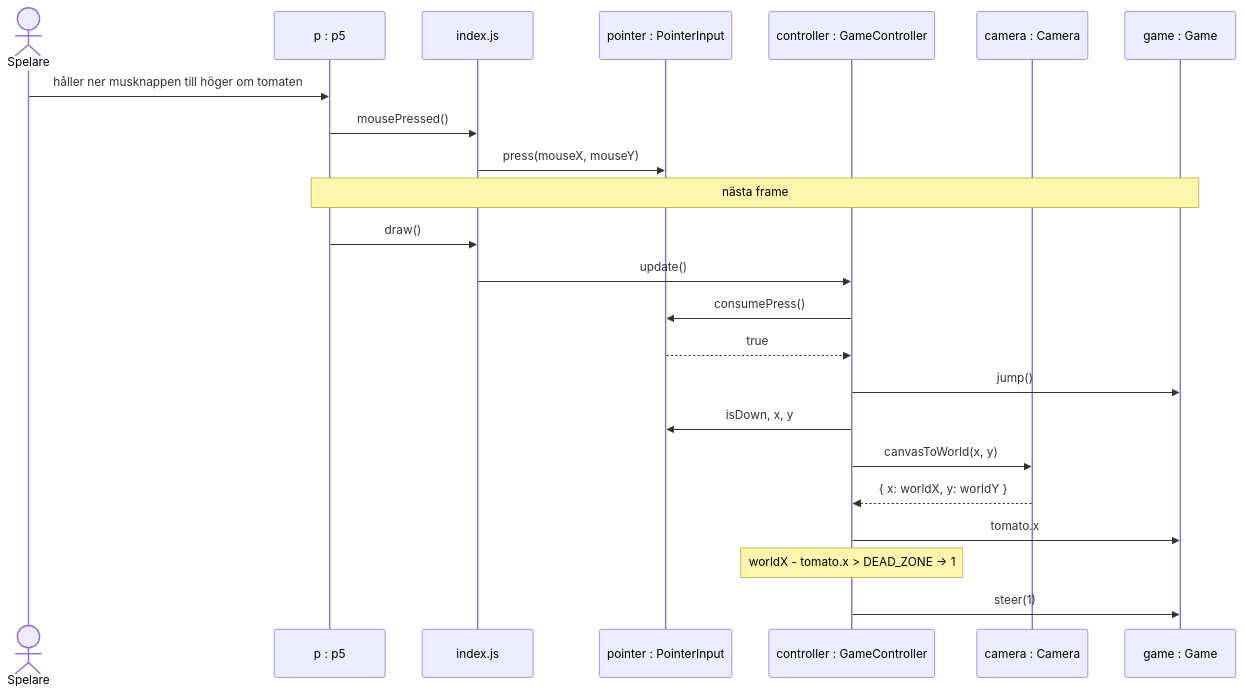
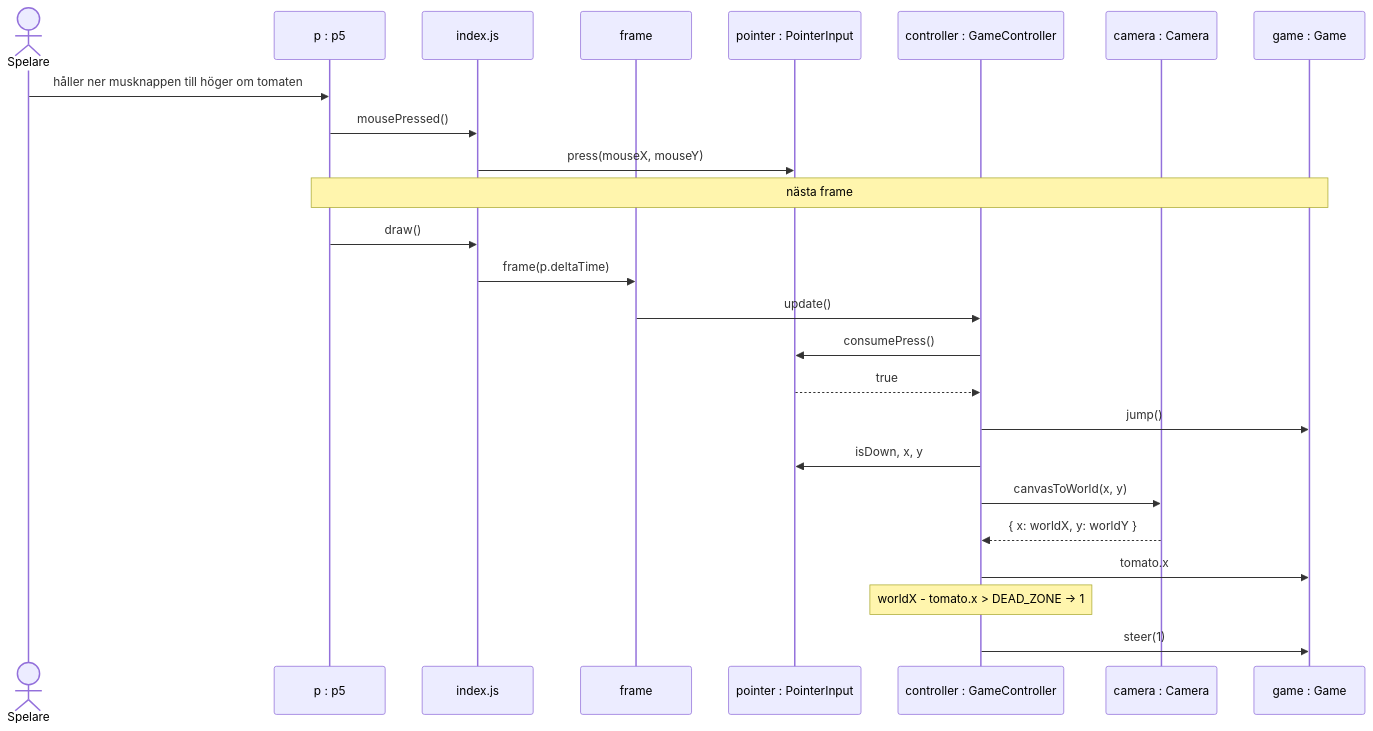
Before and after one commit to 1dv610/ripe-tomato: the eighth of 9 diagrams in MVC_DESIGN.md, drawn with Mermaid. The commit also changed other lines of this file and 1 other file, not shown here.

````diff
--- a/MVC_DESIGN.md
+++ b/MVC_DESIGN.md
@@ -832,27 +849,29 @@
 ```mermaid
 sequenceDiagram
     actor A as Spelare
     participant P as p : p5
     participant S as index.js
+    participant F as frame
     participant Ptr as pointer : PointerInput
     participant C as controller : GameController
     participant Cam as camera : Camera
     participant G as game : Game
 
     A->>P: håller ner musknappen till höger om tomaten
     P->>S: mousePressed()
     S->>Ptr: press(mouseX, mouseY)
 
     Note over P,G: nästa frame
     P->>S: draw()
-    S->>C: update()
+    S->>F: frame(p.deltaTime)
+    F->>C: update()
     C->>Ptr: consumePress()
     Ptr-->>C: true
     C->>G: jump()
     C->>Ptr: isDown, x, y
     C->>Cam: canvasToWorld(x, y)
     Cam-->>C: { x: worldX, y: worldY }
     C->>G: tomato.x
     Note over C: worldX - tomato.x > DEAD_ZONE → 1
     C->>G: steer(1)
 ```
````
